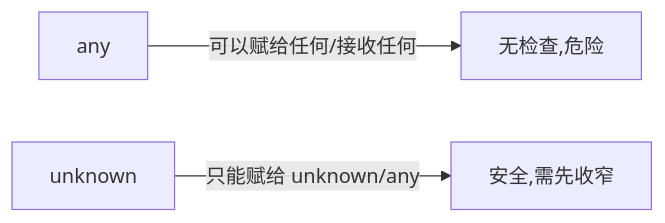
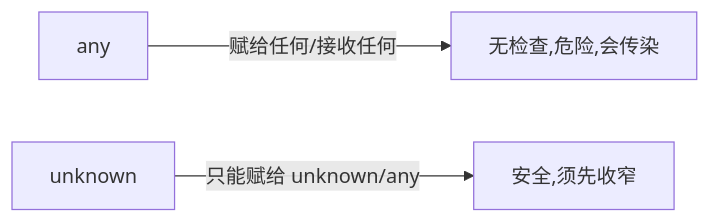
One commit to inspire-man/frontend-knowledge-base changed the diagram in frontend-knowledge-base/卷八-TypeScript/8.1-类型系统基础.md. Above: the diagram before and after it, drawn with Mermaid. The commit also changed other lines of this file and 3 other files, not shown here.

````diff
--- a/frontend-knowledge-base/卷八-TypeScript/8.1-类型系统基础.md
+++ b/frontend-knowledge-base/卷八-TypeScript/8.1-类型系统基础.md
@@ -34,5 +27,5 @@
 ```mermaid
 flowchart LR
-    A[any] -->|可以赋给任何/接收任何| B[无检查,危险]
-    C[unknown] -->|只能赋给 unknown/any| D[安全,需先收窄]
+    A[any] -->|赋给任何/接收任何| B[无检查,危险,会传染]
+    C[unknown] -->|只能赋给 unknown/any| D[安全,须先收窄]
 ```
````
